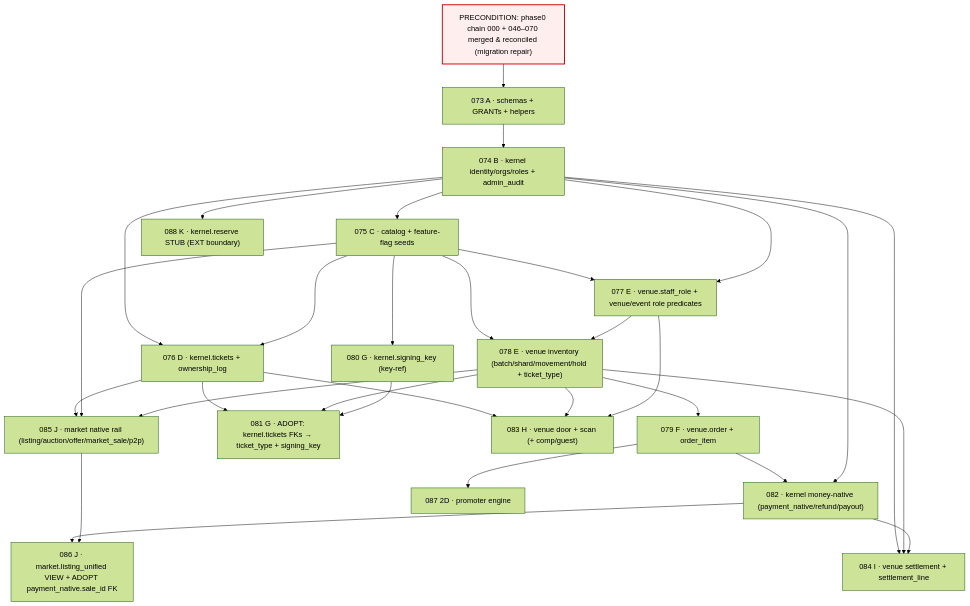
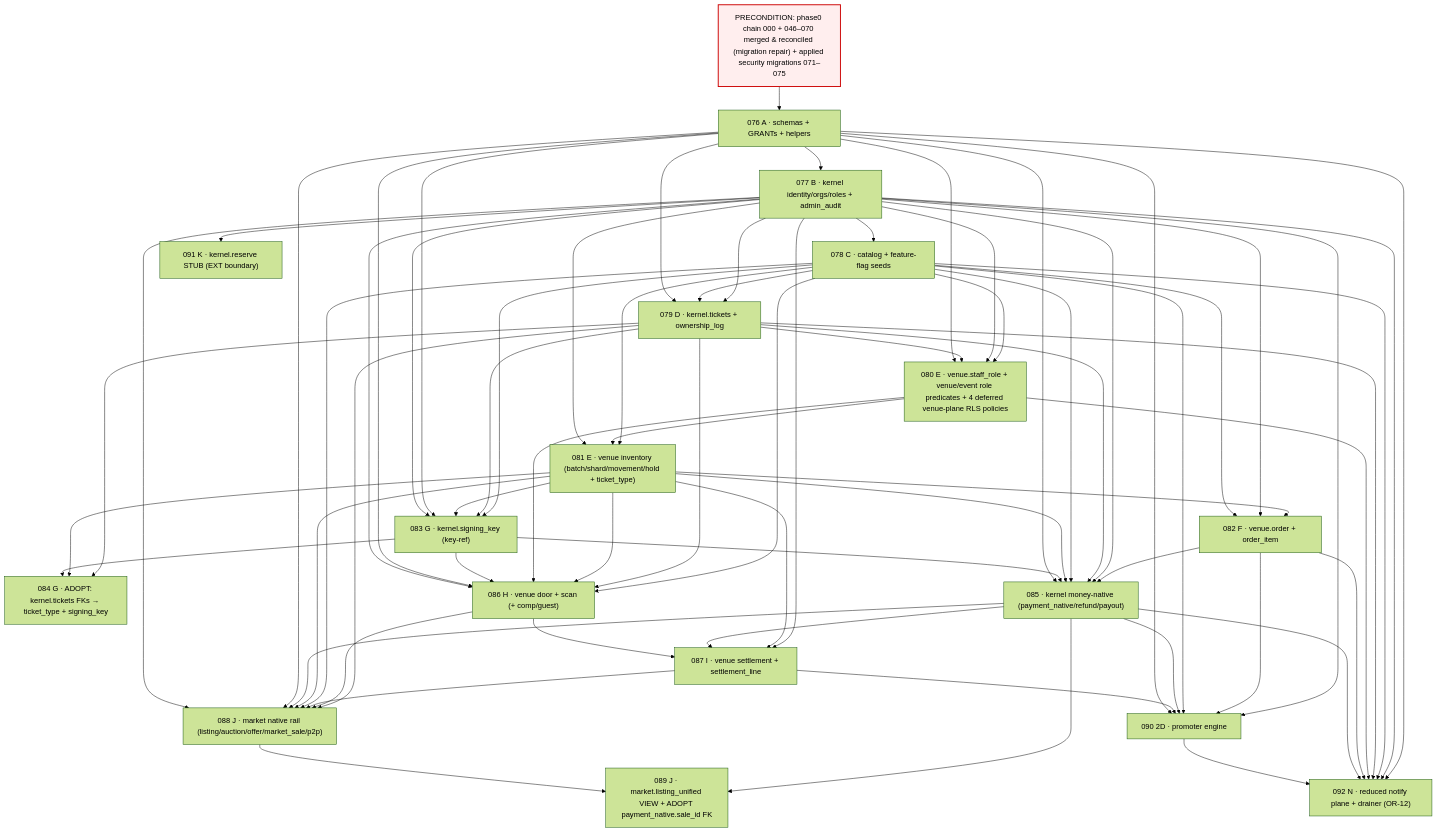
The diagram in docs/architecture/PHASE_2_SUPABASE_MIGRATION_PLAN.md (SnatchIt-app/snatchit), drawn with Mermaid (forest theme) before and after one commit. The commit also changed other lines of this file and 1477 other files, not shown here.

````diff
--- a/docs/architecture/PHASE_2_SUPABASE_MIGRATION_PLAN.md
+++ b/docs/architecture/PHASE_2_SUPABASE_MIGRATION_PLAN.md
@@ -212,50 +317,89 @@
 ```mermaid
 graph TD
-    P0["PRECONDITION: phase0 chain 000 + 046–070 merged & reconciled (migration repair)"]:::pre
+    P0["PRECONDITION: phase0 chain 000 + 046–070 merged & reconciled (migration repair) + applied security migrations 071–075"]:::pre
 
-    A073["073 A · schemas + GRANTs + helpers"]
-    B074["074 B · kernel identity/orgs/roles + admin_audit"]
-    C075["075 C · catalog + feature-flag seeds"]
-    D076["076 D · kernel.tickets + ownership_log"]
-    E077["077 E · venue.staff_role + venue/event role predicates"]
-    E078["078 E · venue inventory (batch/shard/movement/hold + ticket_type)"]
-    F079["079 F · venue.order + order_item"]
-    G080["080 G · kernel.signing_key (key-ref)"]
-    G081["081 G · ADOPT: kernel.tickets FKs → ticket_type + signing_key"]
-    M082["082 · kernel money-native (payment_native/refund/payout)"]
-    H083["083 H · venue door + scan (+ comp/guest)"]
-    I084["084 I · venue settlement + settlement_line"]
-    J085["085 J · market native rail (listing/auction/offer/market_sale/p2p)"]
-    J086["086 J · market.listing_unified VIEW + ADOPT payment_native.sale_id FK"]
-    D087["087 2D · promoter engine"]
-    K088["088 K · kernel.reserve STUB (EXT boundary)"]
+    A076["076 A · schemas + GRANTs + helpers"]
+    B077["077 B · kernel identity/orgs/roles + admin_audit"]
+    C078["078 C · catalog + feature-flag seeds"]
+    D079["079 D · kernel.tickets + ownership_log"]
+    E080["080 E · venue.staff_role + venue/event role predicates + 4 deferred venue-plane RLS policies"]
+    E081["081 E · venue inventory (batch/shard/movement/hold + ticket_type)"]
+    F082["082 F · venue.order + order_item"]
+    G083["083 G · kernel.signing_key (key-ref)"]
+    G084["084 G · ADOPT: kernel.tickets FKs → ticket_type + signing_key"]
+    M085["085 · kernel money-native (payment_native/refund/payout)"]
+    H086["086 H · venue door + scan (+ comp/guest)"]
+    I087["087 I · venue settlement + settlement_line"]
+    J088["088 J · market native rail (listing/auction/offer/market_sale/p2p)"]
+    J089["089 J · market.listing_unified VIEW + ADOPT payment_native.sale_id FK"]
+    D090["090 2D · promoter engine"]
+    K091["091 K · kernel.reserve STUB (EXT boundary)"]
+    N092["092 N · reduced notify plane + drainer (OR-12)"]
 
-    P0 --> A073 --> B074 --> C075
-    B074 --> D076
-    C075 --> D076
-    C075 --> E077
-    B074 --> E077
-    C075 --> E078
-    E077 --> E078
-    E078 --> F079
-    C075 --> G080
-    D076 --> G081
-    E078 --> G081
-    G080 --> G081
-    F079 --> M082
-    B074 --> M082
-    D076 --> H083
-    E078 --> H083
-    E077 --> H083
-    B074 --> I084
-    E078 --> I084
-    M082 --> I084
-    D076 --> J085
-    C075 --> J085
-    E078 --> J085
-    M082 --> J086
-    J085 --> J086
-    F079 --> D087
-    B074 --> K088
+    P0 --> A076 --> B077 --> C078
+    B077 --> D079
+    C078 --> D079
+    C078 --> E080
+    B077 --> E080
+    D079 --> E080
+    C078 --> E081
+    E080 --> E081
+    E081 --> F082
+    B077 --> F082
+    C078 --> F082
+    C078 --> G083
+    D079 --> G083
+    E081 --> G083
+    D079 --> G084
+    E081 --> G084
+    G083 --> G084
+    F082 --> M085
+    B077 --> M085
+    D079 --> M085
+    C078 --> M085
+    E081 --> M085
+    G083 --> M085
+    C078 --> H086
+    D079 --> H086
+    E081 --> H086
+    E080 --> H086
+    G083 --> H086
+    B077 --> I087
+    E081 --> I087
+    M085 --> I087
+    H086 --> I087
+    D079 --> J088
+    H086 --> J088
+    I087 --> J088
+    C078 --> J088
+    E081 --> J088
+    M085 --> J088
+    M085 --> J089
+    J088 --> J089
+    B077 --> D090
+    F082 --> D090
+    C078 --> D090
+    M085 --> D090
+    I087 --> D090
+    A076 --> D079
+    A076 --> E080
+    A076 --> G083
+    A076 --> M085
+    A076 --> H086
+    A076 --> J088
+    A076 --> D090
+    A076 --> N092
+    B077 --> N092
+    C078 --> N092
+    D079 --> N092
+    E080 --> N092
+    F082 --> N092
+    M085 --> N092
+    D090 --> N092
+    B077 --> K091
+    B077 --> E081
+    B077 --> G083
+    B077 --> H086
+    B077 --> J088
     classDef pre fill:#fee,stroke:#c00,stroke-width:2px;
 ```
````
